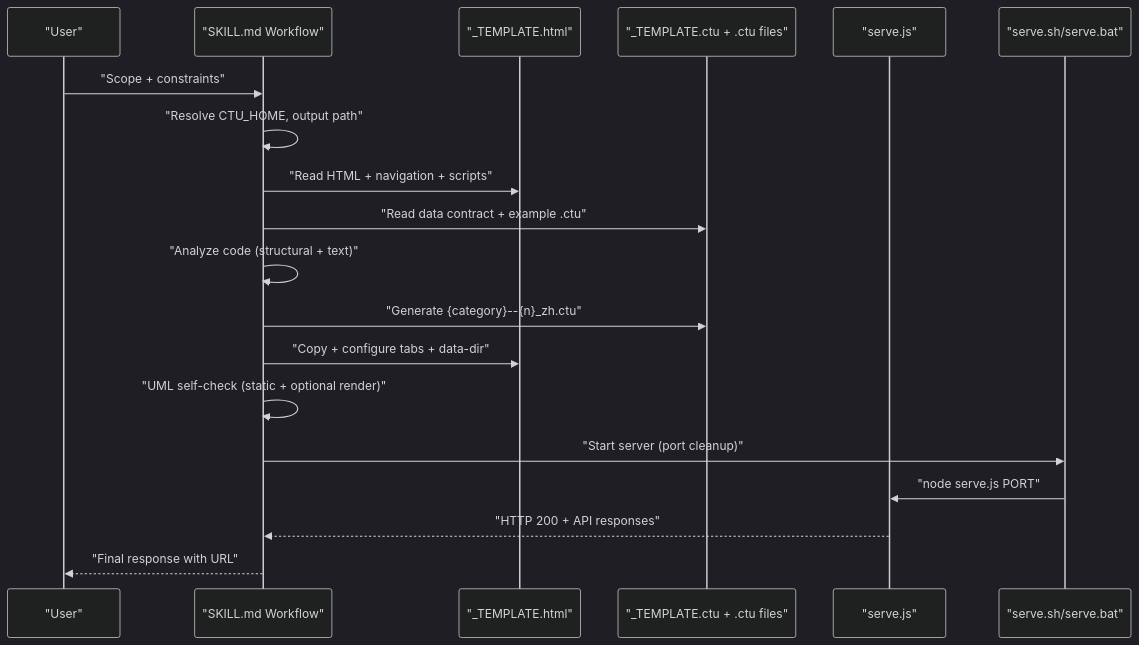
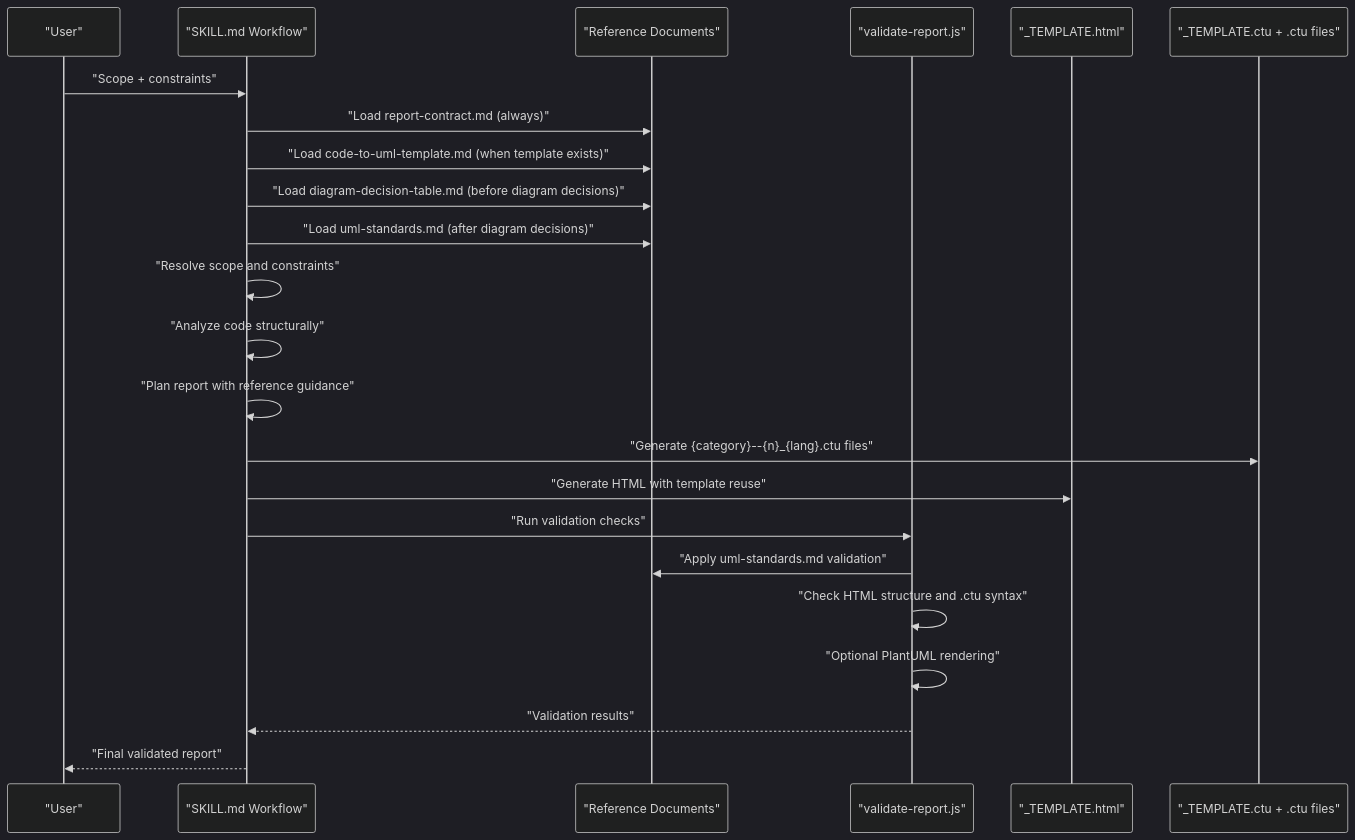
The second of 4 diagrams in .qoder/repowiki/en/content/AI Agent Integration/Skill Definition System.md (pingwurth/code-to-uml), drawn with Mermaid (dark theme) before and after one commit. The commit also changed other lines of this file and 55 other files, not shown here.

````diff
--- a/.qoder/repowiki/en/content/AI Agent Integration/Skill Definition System.md
+++ b/.qoder/repowiki/en/content/AI Agent Integration/Skill Definition System.md
@@ -100,21 +108,25 @@
 ```mermaid
 sequenceDiagram
 participant User as "User"
 participant Skill as "SKILL.md Workflow"
+participant References as "Reference Documents"
+participant Validator as "validate-report.js"
 participant Template as "_TEMPLATE.html"
 participant Data as "_TEMPLATE.ctu + .ctu files"
-participant Server as "serve.js"
-participant OS as "serve.sh/serve.bat"
 User->>Skill : "Scope + constraints"
-Skill->>Skill : "Resolve CTU_HOME, output path"
-Skill->>Template : "Read HTML + navigation + scripts"
-Skill->>Data : "Read data contract + example .ctu"
-Skill->>Skill : "Analyze code (structural + text)"
-Skill->>Data : "Generate {category}--{n}_zh.ctu"
-Skill->>Template : "Copy + configure tabs + data-dir"
-Skill->>Skill : "UML self-check (static + optional render)"
-Skill->>OS : "Start server (port cleanup)"
-OS->>Server : "node serve.js PORT"
-Server-->>Skill : "HTTP 200 + API responses"
-Skill-->>User : "Final response with URL"
+Skill->>References : "Load report-contract.md (always)"
+Skill->>References : "Load code-to-uml-template.md (when template exists)"
+Skill->>References : "Load diagram-decision-table.md (before diagram decisions)"
+Skill->>References : "Load uml-standards.md (after diagram decisions)"
+Skill->>Skill : "Resolve scope and constraints"
+Skill->>Skill : "Analyze code structurally"
+Skill->>Skill : "Plan report with reference guidance"
+Skill->>Data : "Generate {category}--{n}_{lang}.ctu files"
+Skill->>Template : "Generate HTML with template reuse"
+Skill->>Validator : "Run validation checks"
+Validator->>References : "Apply uml-standards.md validation"
+Validator->>Validator : "Check HTML structure and .ctu syntax"
+Validator->>Validator : "Optional PlantUML rendering"
+Validator-->>Skill : "Validation results"
+Skill-->>User : "Final validated report"
 ```
````
